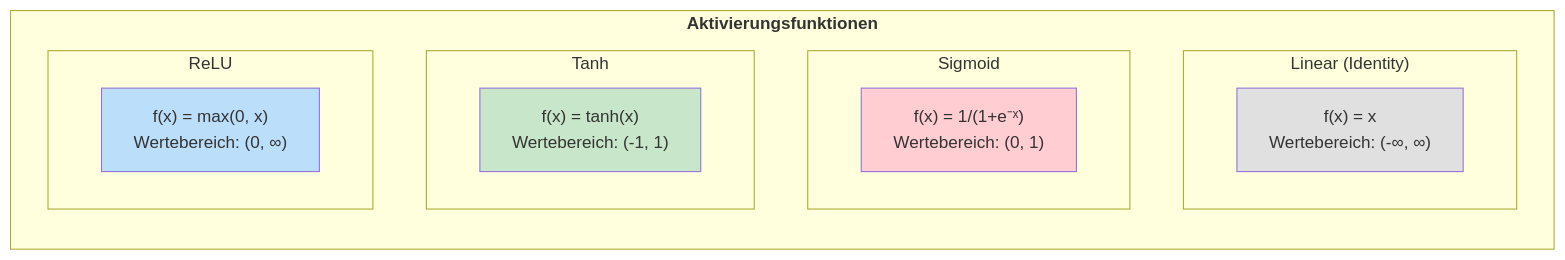
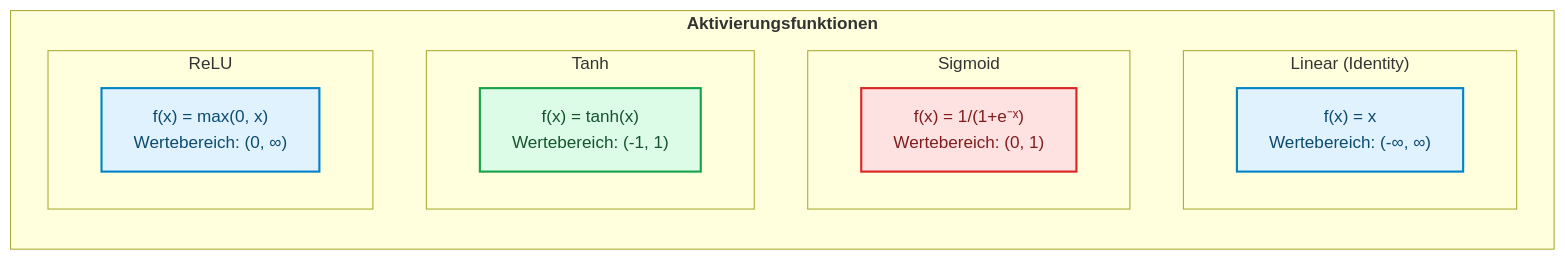
The third of 6 diagrams in docs/concepts/modeling/neuronale-netze.md (ralf-42/ML_Intro), drawn with Mermaid before and after one commit. The commit also changed other lines of this file and 67 other files, not shown here.

````diff
--- a/docs/concepts/modeling/neuronale-netze.md
+++ b/docs/concepts/modeling/neuronale-netze.md
@@ -132,27 +131,28 @@
 ```mermaid
 flowchart TD
     subgraph Aktivierungsfunktionen["<b>Aktivierungsfunktionen"]
         direction TB
         
         subgraph Linear["Linear (Identity)"]
             L["f(x) = x<br/>Wertebereich: (-∞, ∞)"]
         end
         
         subgraph Sigmoid["Sigmoid"]
             S["f(x) = 1/(1+e⁻ˣ)<br/>Wertebereich: (0, 1)"]
         end
         
         subgraph Tanh["Tanh"]
             T["f(x) = tanh(x)<br/>Wertebereich: (-1, 1)"]
         end
         
         subgraph ReLU["ReLU"]
             R["f(x) = max(0, x)<br/>Wertebereich: (0, ∞)"]
         end
     end
-    
-    style L fill:#e0e0e0
-    style S fill:#ffcdd2
-    style T fill:#c8e6c9
-    style R fill:#bbdefb
+
+    classDef default fill:#e0f2fe,stroke:#0284c7,stroke-width:2px,color:#0c4a6e;
+    classDef output fill:#dcfce7,stroke:#16a34a,stroke-width:2px,color:#14532d;
+    classDef stop fill:#fee2e2,stroke:#dc2626,stroke-width:2px,color:#7f1d1d;
+    class T output;
+    class S stop;
 ```
````
